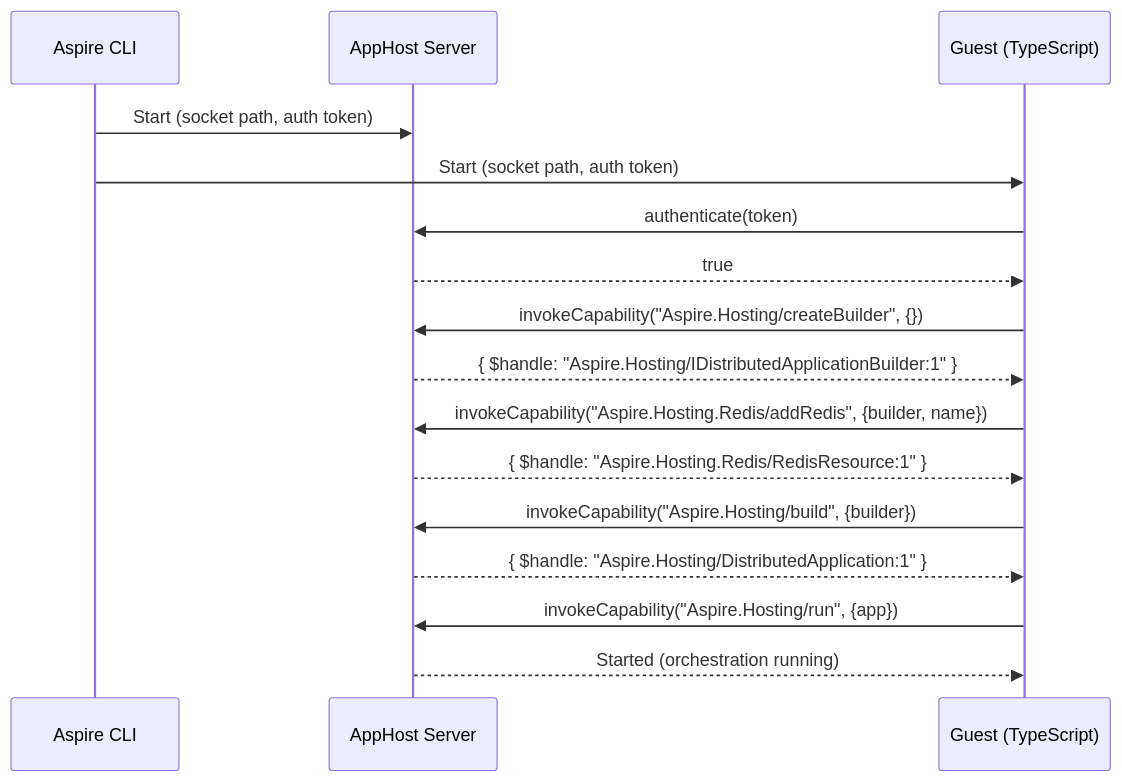
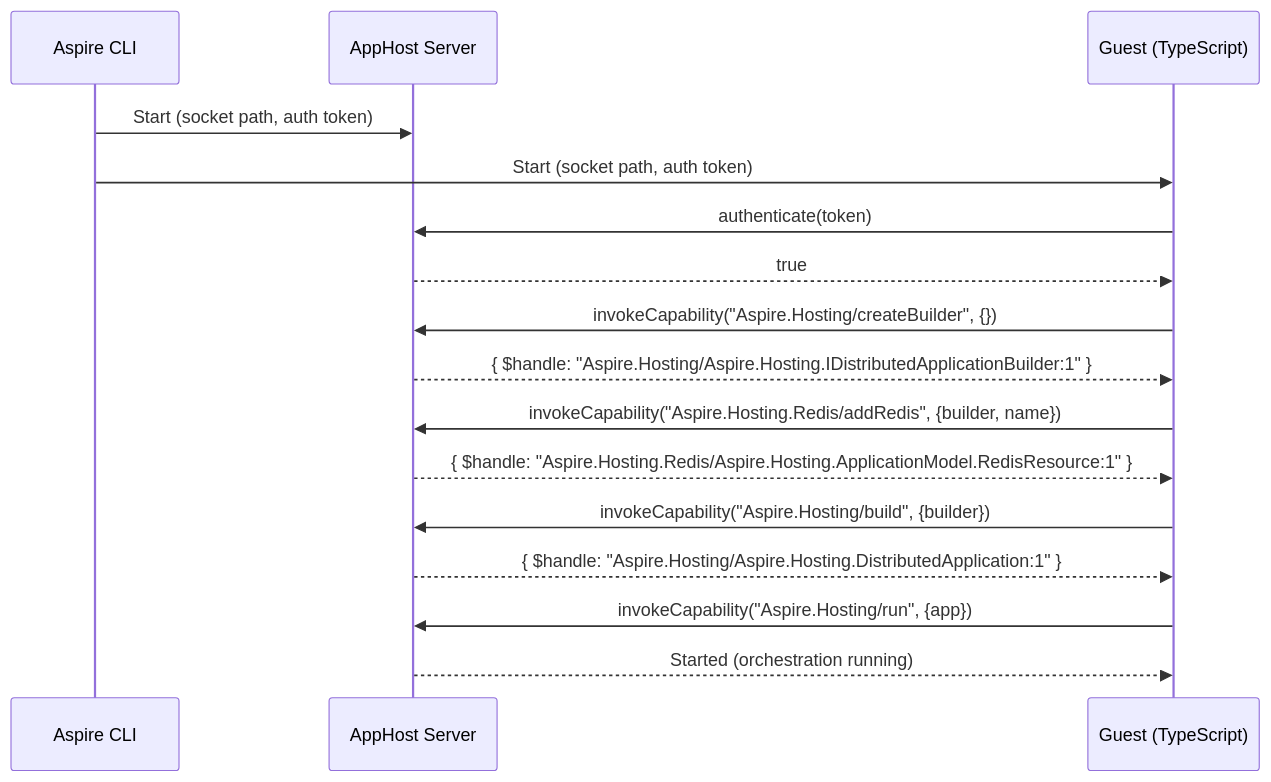
The second of 4 diagrams in docs/specs/polyglot-apphost.md (dotnet/aspire), drawn with Mermaid before and after one commit. The commit also changed other lines of this file, not shown here.

````diff
--- a/docs/specs/polyglot-apphost.md
+++ b/docs/specs/polyglot-apphost.md
@@ -117,24 +117,24 @@
 ```mermaid
 sequenceDiagram
     participant CLI as Aspire CLI
     participant Host as AppHost Server
     participant Guest as Guest (TypeScript)
 
     CLI->>Host: Start (socket path, auth token)
     CLI->>Guest: Start (socket path, auth token)
 
     Guest->>Host: authenticate(token)
     Host-->>Guest: true
 
     Guest->>Host: invokeCapability("Aspire.Hosting/createBuilder", {})
-    Host-->>Guest: { $handle: "Aspire.Hosting/IDistributedApplicationBuilder:1" }
+    Host-->>Guest: { $handle: "Aspire.Hosting/Aspire.Hosting.IDistributedApplicationBuilder:1" }
 
     Guest->>Host: invokeCapability("Aspire.Hosting.Redis/addRedis", {builder, name})
-    Host-->>Guest: { $handle: "Aspire.Hosting.Redis/RedisResource:1" }
+    Host-->>Guest: { $handle: "Aspire.Hosting.Redis/Aspire.Hosting.ApplicationModel.RedisResource:1" }
 
     Guest->>Host: invokeCapability("Aspire.Hosting/build", {builder})
-    Host-->>Guest: { $handle: "Aspire.Hosting/DistributedApplication:1" }
+    Host-->>Guest: { $handle: "Aspire.Hosting/Aspire.Hosting.DistributedApplication:1" }
 
     Guest->>Host: invokeCapability("Aspire.Hosting/run", {app})
     Host-->>Guest: Started (orchestration running)
 ```
````
